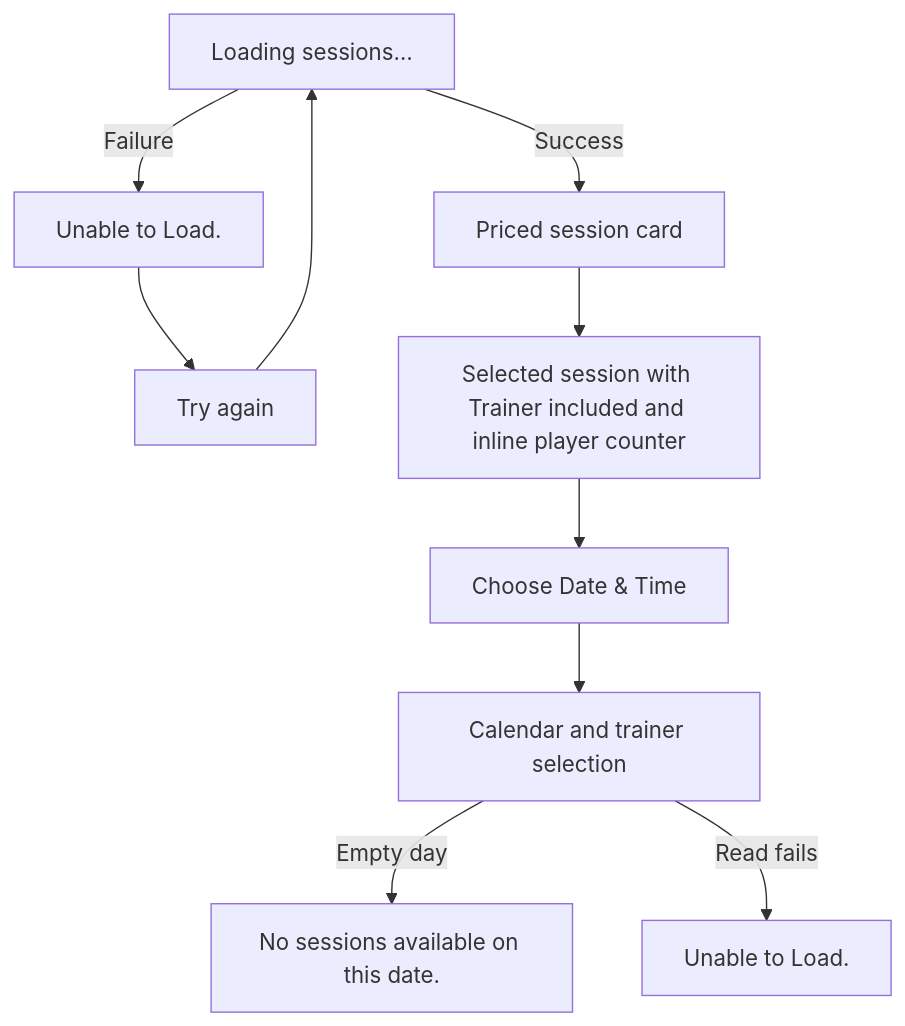
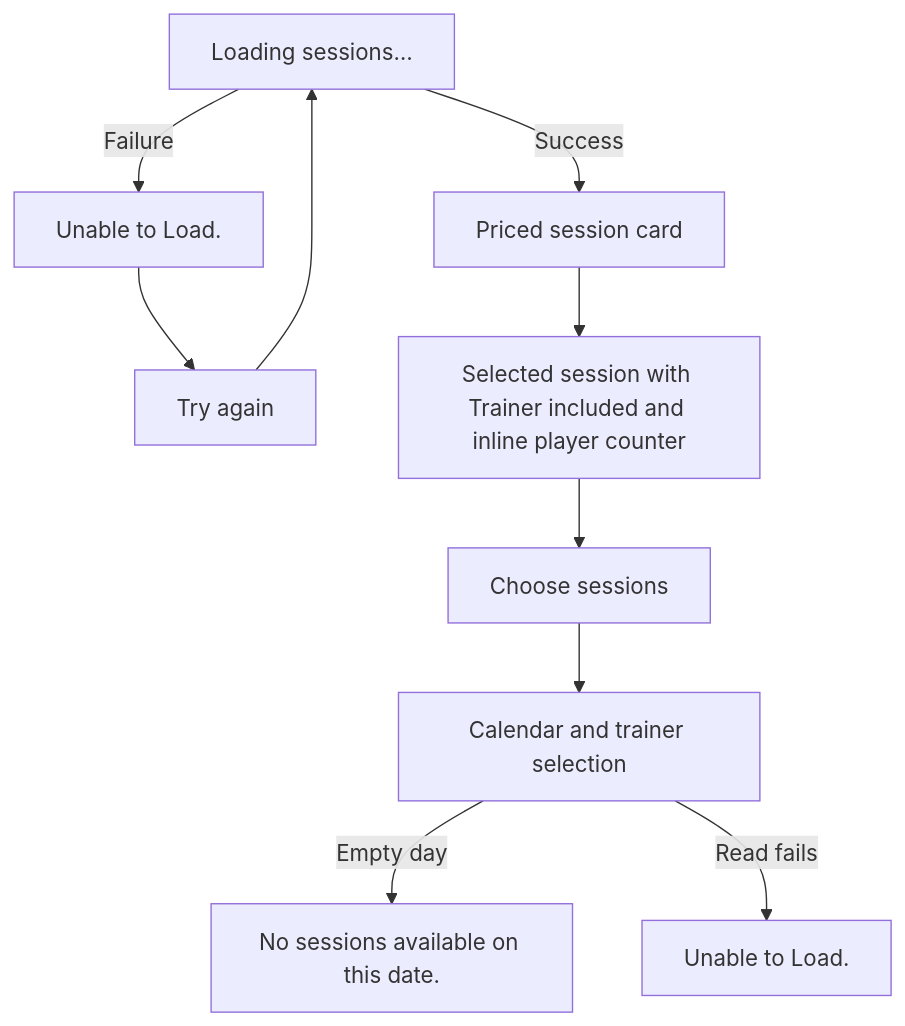
The fourth of 19 diagrams in docs/booking-flows.md (soccerbotstudiosg/soccerbotstudioSG), drawn with Mermaid before and after one commit. The commit also changed other lines of this file and 49 other files, not shown here.

````diff
--- a/docs/booking-flows.md
+++ b/docs/booking-flows.md
@@ -79,11 +81,11 @@
 ```mermaid
 flowchart TD
   A["Loading sessions…"] -->|Failure| B["Unable to Load."]
   B --> C["Try again"] --> A
   A -->|Success| D["Priced session card"]
   D --> E["Selected session with Trainer included and inline player counter"]
-  E --> F["Choose Date & Time"]
+  E --> F["Choose sessions"]
   F --> G["Calendar and trainer selection"]
   G -->|Empty day| H["No sessions available on this date."]
   G -->|Read fails| I["Unable to Load."]
 ```
````
